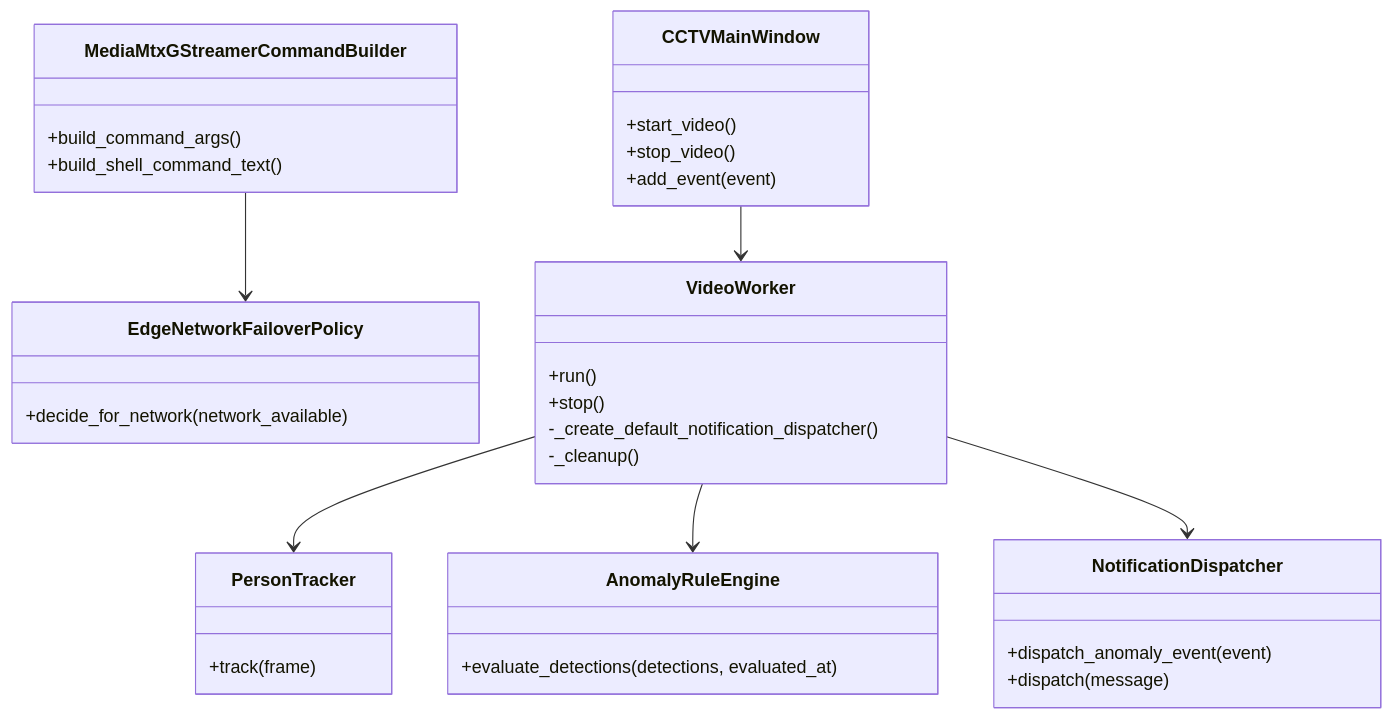
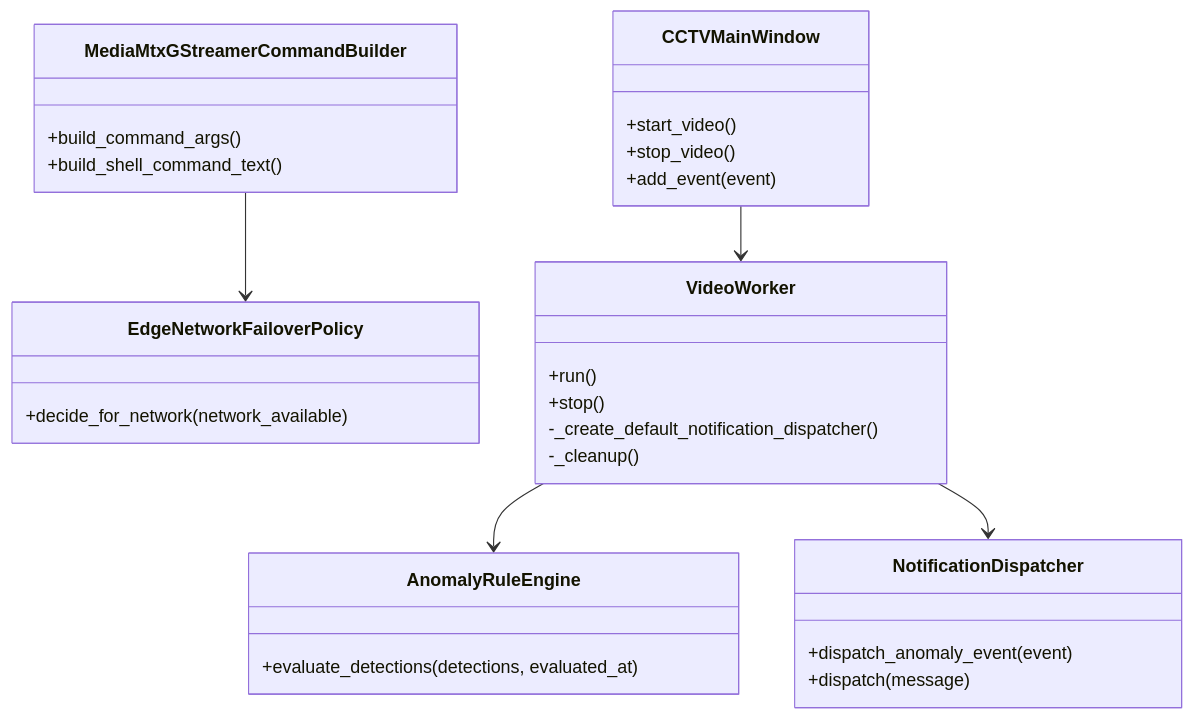
The second of 2 diagrams in inst/flow.md (taegyu-heo-bigstar/AI_CCTV), drawn with Mermaid before and after one commit. The commit also changed other lines of this file and 40 other files, not shown here.

````diff
--- a/inst/flow.md
+++ b/inst/flow.md
@@ -66,43 +62,38 @@
 ```mermaid
 classDiagram
     class MediaMtxGStreamerCommandBuilder {
         +build_command_args()
         +build_shell_command_text()
     }
 
     class EdgeNetworkFailoverPolicy {
         +decide_for_network(network_available)
     }
 
+    class CCTVMainWindow {
+        +start_video()
+        +stop_video()
+        +add_event(event)
+    }
+
     class VideoWorker {
         +run()
         +stop()
         -_create_default_notification_dispatcher()
         -_cleanup()
-    }
-
-    class PersonTracker {
-        +track(frame)
     }
 
     class AnomalyRuleEngine {
         +evaluate_detections(detections, evaluated_at)
     }
 
     class NotificationDispatcher {
         +dispatch_anomaly_event(event)
         +dispatch(message)
     }
 
-    class CCTVMainWindow {
-        +start_video()
-        +stop_video()
-        +add_event(event)
-    }
-
     MediaMtxGStreamerCommandBuilder --> EdgeNetworkFailoverPolicy
-    VideoWorker --> PersonTracker
+    CCTVMainWindow --> VideoWorker
     VideoWorker --> AnomalyRuleEngine
     VideoWorker --> NotificationDispatcher
-    CCTVMainWindow --> VideoWorker
 ```
````
